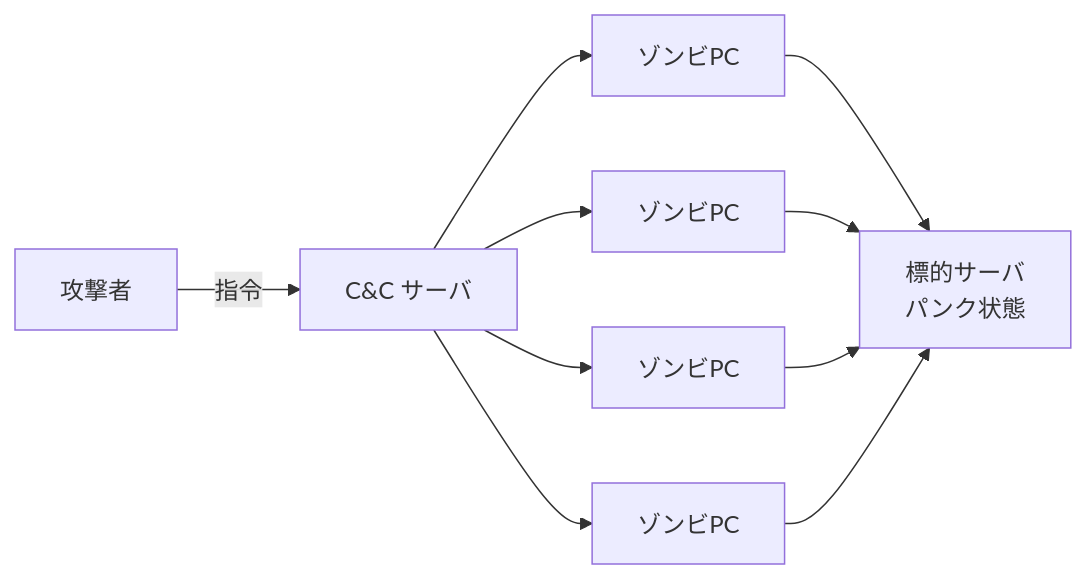
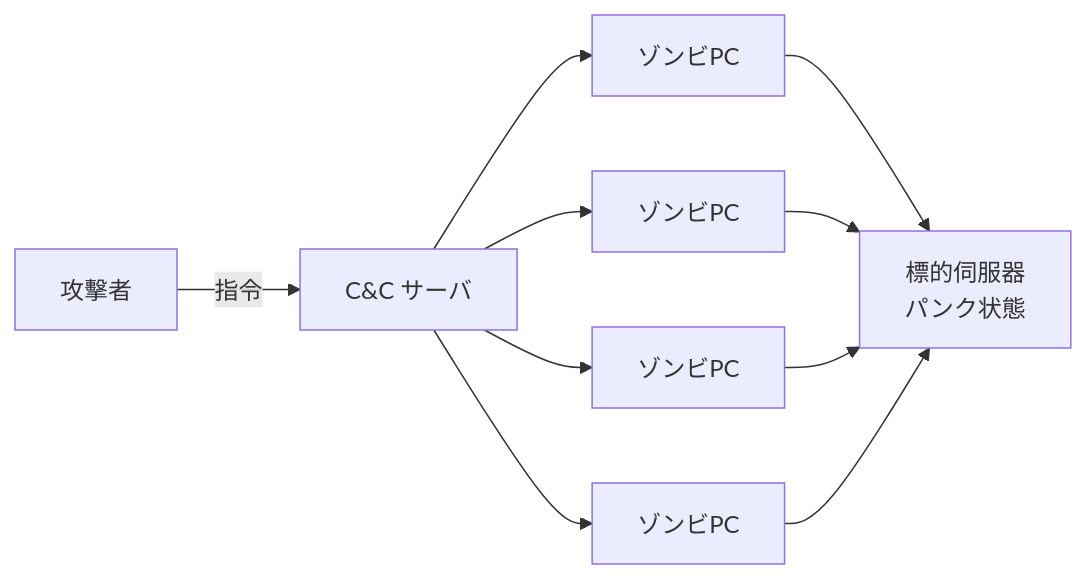
Before and after one commit to hakudevtw/cert_jp_sg: the diagram in sg-vocab/ch1-サイバー攻撃手法/1-6-DoS攻撃.md, drawn with Mermaid. The commit also changed other lines of this file and 29 other files, not shown here.

````diff
--- a/sg-vocab/ch1-サイバー攻撃手法/1-6-DoS攻撃.md
+++ b/sg-vocab/ch1-サイバー攻撃手法/1-6-DoS攻撃.md
@@ -104,12 +203,12 @@
 ```mermaid
 graph LR
-  A["攻撃者"] -->|"指令"| C["C&C サーバ"]
+  A["攻擊者"] -->|"指令"| C["C&C サーバ"]
   C --> B1["ゾンビPC"]
   C --> B2["ゾンビPC"]
   C --> B3["ゾンビPC"]
   C --> B4["ゾンビPC"]
-  B1 --> S["標的サーバ<br/>パンク状態"]
+  B1 --> S["標的伺服器<br/>パンク状態"]
   B2 --> S
   B3 --> S
   B4 --> S
 ```
````
